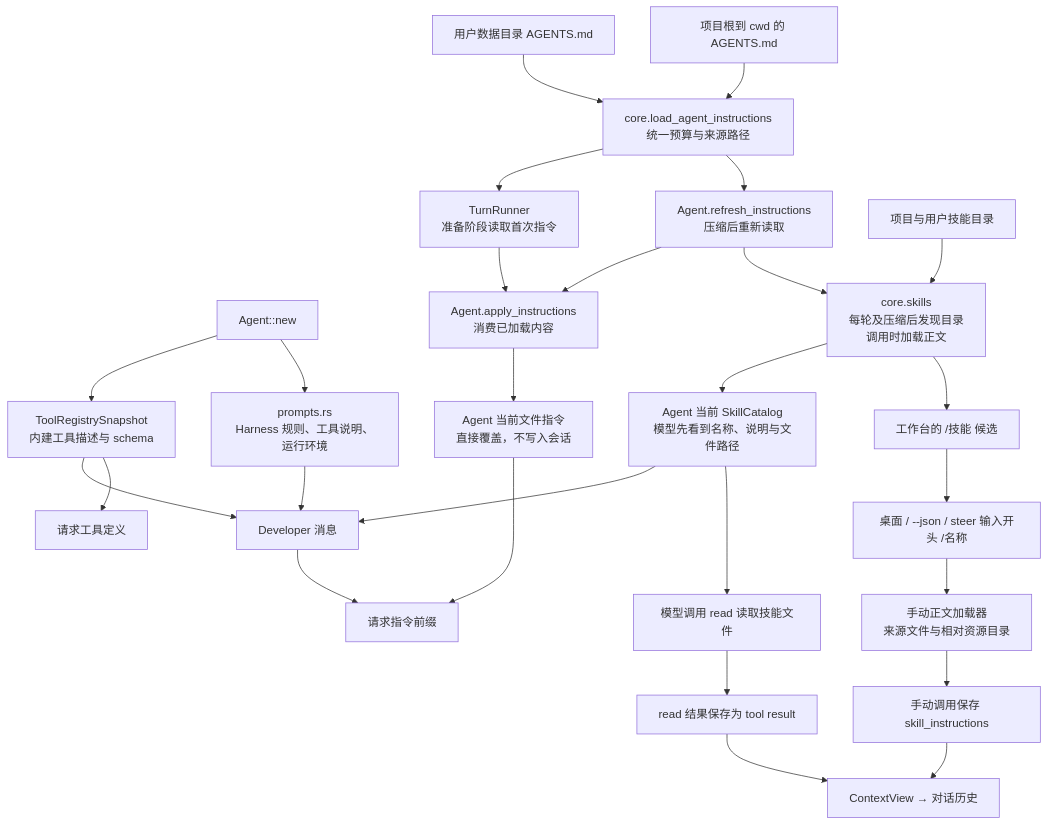
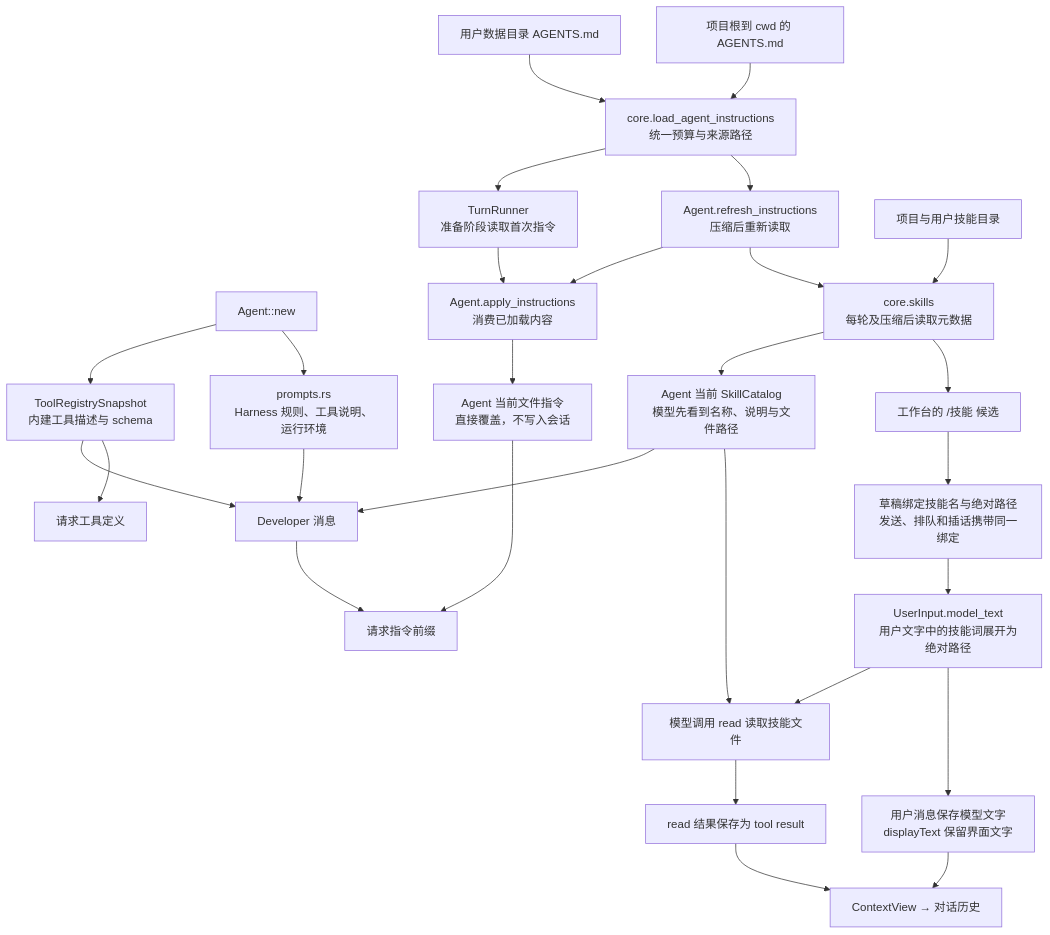
Before and after one commit to qjcnmd/singularity-agent: diagram 21 of 29 in docs/architecture.md, drawn with Mermaid. The commit also changed other lines of this file and 20 other files, not shown here.

````diff
--- a/docs/architecture.md
+++ b/docs/architecture.md
@@ -596,29 +596,30 @@
 ```mermaid
 flowchart TB
     Prompt["prompts.rs<br/>Harness 规则、工具说明、运行环境"] --> Developer["Developer 消息"]
     Agent["Agent::new"] --> Registry["ToolRegistrySnapshot<br/>内建工具描述与 schema"]
     Agent --> Prompt
     Registry --> Developer
     Registry --> Schemas["请求工具定义"]
     UserAgents["用户数据目录 AGENTS.md"] --> Loader["core.load_agent_instructions<br/>统一预算与来源路径"]
     ProjectAgents["项目根到 cwd 的 AGENTS.md"] --> Loader
     Loader --> Prepared["TurnRunner<br/>准备阶段读取首次指令"]
     Prepared --> Refresh["Agent.apply_instructions<br/>消费已加载内容"]
     Loader --> Reload["Agent.refresh_instructions<br/>压缩后重新读取"]
     Reload --> Refresh
     Refresh --> Current["Agent 当前文件指令<br/>直接覆盖，不写入会话"]
-    SkillDirs["项目与用户技能目录"] --> Skills["core.skills<br/>每轮及压缩后发现目录<br/>调用时加载正文"]
+    SkillDirs["项目与用户技能目录"] --> Skills["core.skills<br/>每轮及压缩后读取元数据"]
     Reload --> Skills
     Skills --> Catalog["Agent 当前 SkillCatalog<br/>模型先看到名称、说明与文件路径"]
     Catalog --> Developer
     Catalog --> ModelSkill["模型调用 read 读取技能文件"]
     Skills --> Candidates["工作台的 /技能 候选"]
-    Candidates --> Manual["桌面 / --json / steer 输入开头 /名称"]
-    Manual --> Load["手动正文加载器<br/>来源文件与相对资源目录"]
+    Candidates --> Selected["草稿绑定技能名与绝对路径<br/>发送、排队和插话携带同一绑定"]
+    Selected --> User["UserInput.model_text<br/>用户文字中的技能词展开为绝对路径"]
+    User --> ModelSkill
+    User --> History["用户消息保存模型文字<br/>displayText 保留界面文字"]
     ModelSkill --> ToolResult["read 结果保存为 tool result"]
-    Load --> SkillEntry["手动调用保存 skill_instructions"]
     Current --> Prefix["请求指令前缀"]
     Developer --> Prefix
-    SkillEntry --> Context["ContextView → 对话历史"]
+    History --> Context["ContextView → 对话历史"]
     ToolResult --> Context
 ```
````
